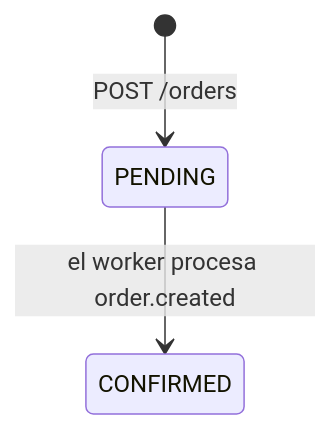
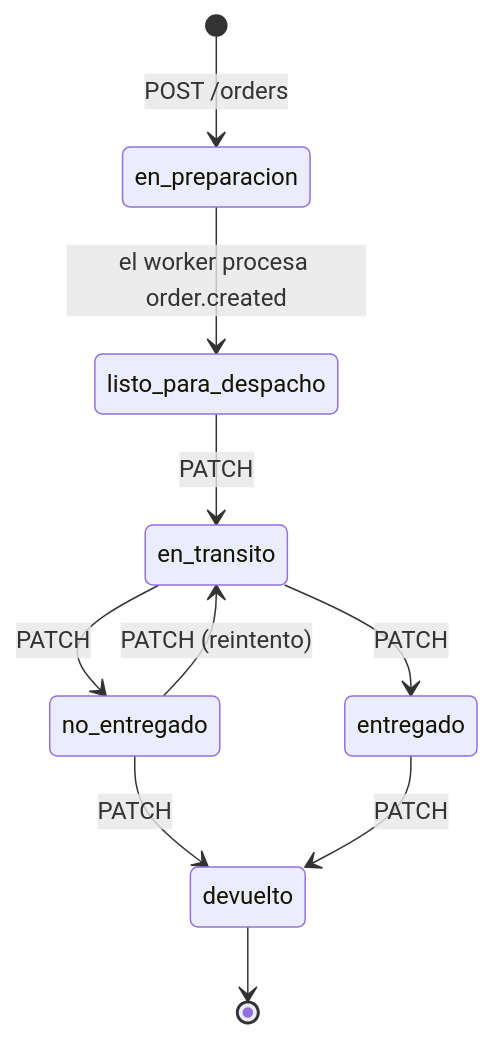
The sixth of 8 diagrams in docs/04-arquitectura.md (josemiguellopez/bootcamp_go_xintec), drawn with Mermaid before and after one commit. The commit also changed other lines of this file and 11 other files, not shown here.

````diff
--- a/docs/04-arquitectura.md
+++ b/docs/04-arquitectura.md
@@ -123,5 +123,12 @@
 ```mermaid
 stateDiagram-v2
-    [*] --> PENDING: POST /orders
-    PENDING --> CONFIRMED: el worker procesa order.created
+    [*] --> en_preparacion: POST /orders
+    en_preparacion --> listo_para_despacho: el worker procesa order.created
+    listo_para_despacho --> en_transito: PATCH
+    en_transito --> entregado: PATCH
+    en_transito --> no_entregado: PATCH
+    no_entregado --> en_transito: PATCH (reintento)
+    no_entregado --> devuelto: PATCH
+    entregado --> devuelto: PATCH
+    devuelto --> [*]
 ```
````
